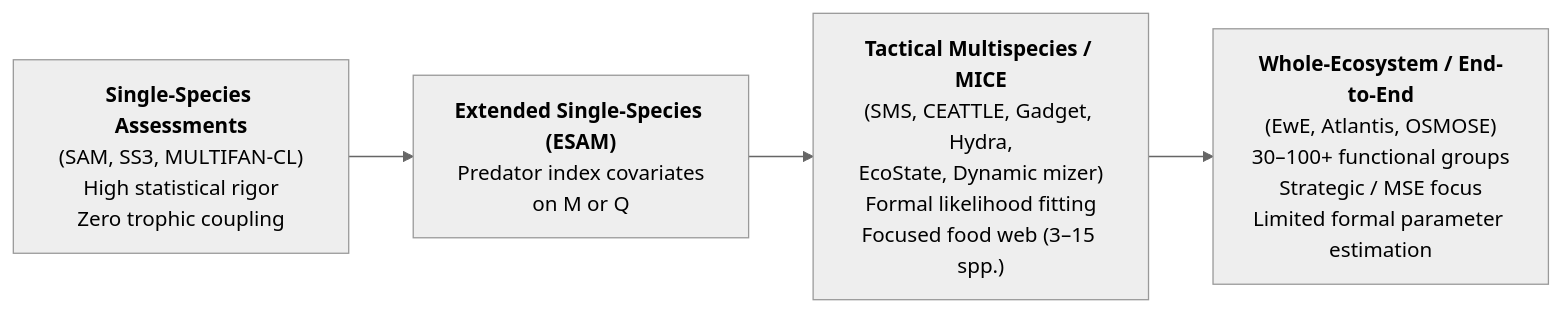
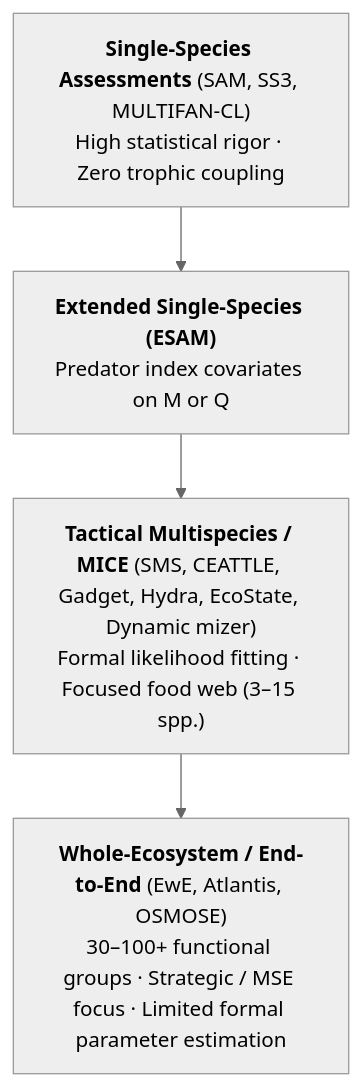
Before and after one commit to gustavdelius/multispecies_stock_assessment: the first of 2 diagrams in 01_taxonomy_and_foundations.md, drawn with Mermaid (neutral theme). The commit also changed 3 other files, not shown here.

Commit message:
Use vertical layout for Section 1.1 Mermaid diagram to improve font size

````diff
--- a/01_taxonomy_and_foundations.md
+++ b/01_taxonomy_and_foundations.md
@@ -7,6 +7,6 @@
 ```mermaid
-flowchart LR
-    A["<b>Single-Species Assessments</b><br/>(SAM, SS3, MULTIFAN-CL)<br/>High statistical rigor<br/>Zero trophic coupling"] --> B["<b>Extended Single-Species (ESAM)</b><br/>Predator index covariates<br/>on M or Q"]
-    B --> C["<b>Tactical Multispecies / MICE</b><br/>(SMS, CEATTLE, Gadget, Hydra,<br/>EcoState, Dynamic mizer)<br/>Formal likelihood fitting<br/>Focused food web (3–15 spp.)"]
-    C --> D["<b>Whole-Ecosystem / End-to-End</b><br/>(EwE, Atlantis, OSMOSE)<br/>30–100+ functional groups<br/>Strategic / MSE focus<br/>Limited formal parameter estimation"]
+flowchart TD
+    A["<b>Single-Species Assessments</b> (SAM, SS3, MULTIFAN-CL)<br/>High statistical rigor · Zero trophic coupling"] --> B["<b>Extended Single-Species (ESAM)</b><br/>Predator index covariates on M or Q"]
+    B --> C["<b>Tactical Multispecies / MICE</b> (SMS, CEATTLE, Gadget, Hydra, EcoState, Dynamic mizer)<br/>Formal likelihood fitting · Focused food web (3–15 spp.)"]
+    C --> D["<b>Whole-Ecosystem / End-to-End</b> (EwE, Atlantis, OSMOSE)<br/>30–100+ functional groups · Strategic / MSE focus · Limited formal parameter estimation"]
 ```
````
